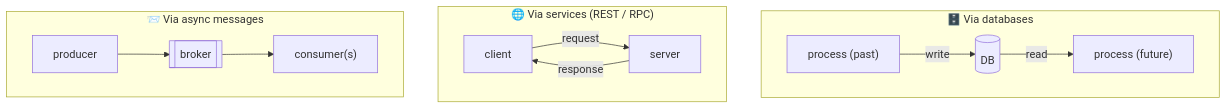
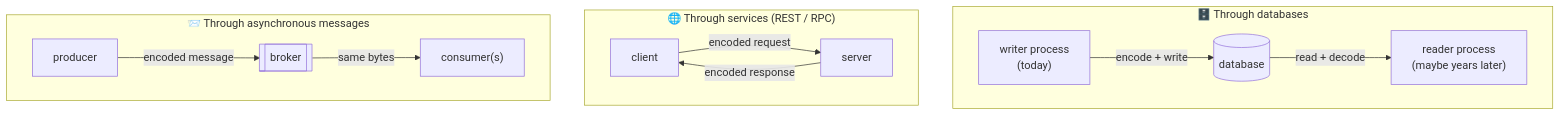
One commit to pratikguru998/ddia-book changed diagram 18 of 28 in docs/chapters/part-1/04-encoding-evolution.mdx. Above: the diagram before and after it, drawn with Mermaid. The commit also changed other lines of this file and 13 other files, not shown here.

Commit message:
Expand all 12 chapters: every book subsection, deeper notes, ~320 diagrams

````diff
--- a/docs/chapters/part-1/04-encoding-evolution.mdx
+++ b/docs/chapters/part-1/04-encoding-evolution.mdx
@@ -121,15 +698,16 @@
 ```mermaid
 flowchart TB
-  subgraph DB["🗄️ Via databases"]
+  subgraph DB["🗄️ Through databases"]
     direction LR
-    P1["process (past)"] -->|"write"| D[("DB")] -->|"read"| P2["process (future)"]
+    P1["writer process<br/>(today)"] -->|"encode + write"| D[("database")] -->|"read + decode"| P2["reader process<br/>(maybe years later)"]
   end
-  subgraph SVC["🌐 Via services (REST / RPC)"]
+  subgraph SVC["🌐 Through services (REST / RPC)"]
     direction LR
-    C["client"] -->|"request"| S["server"] -->|"response"| C
+    C["client"] -->|"encoded request"| S["server"]
+    S -->|"encoded response"| C
   end
-  subgraph MSG["📨 Via async messages"]
+  subgraph MSG["📨 Through asynchronous messages"]
     direction LR
-    PR["producer"] --> BR[["broker"]] --> CO["consumer(s)"]
+    PR["producer"] -->|"encoded message"| BR[["broker"]] -->|"same bytes"| CO["consumer(s)"]
   end
 ```
````
